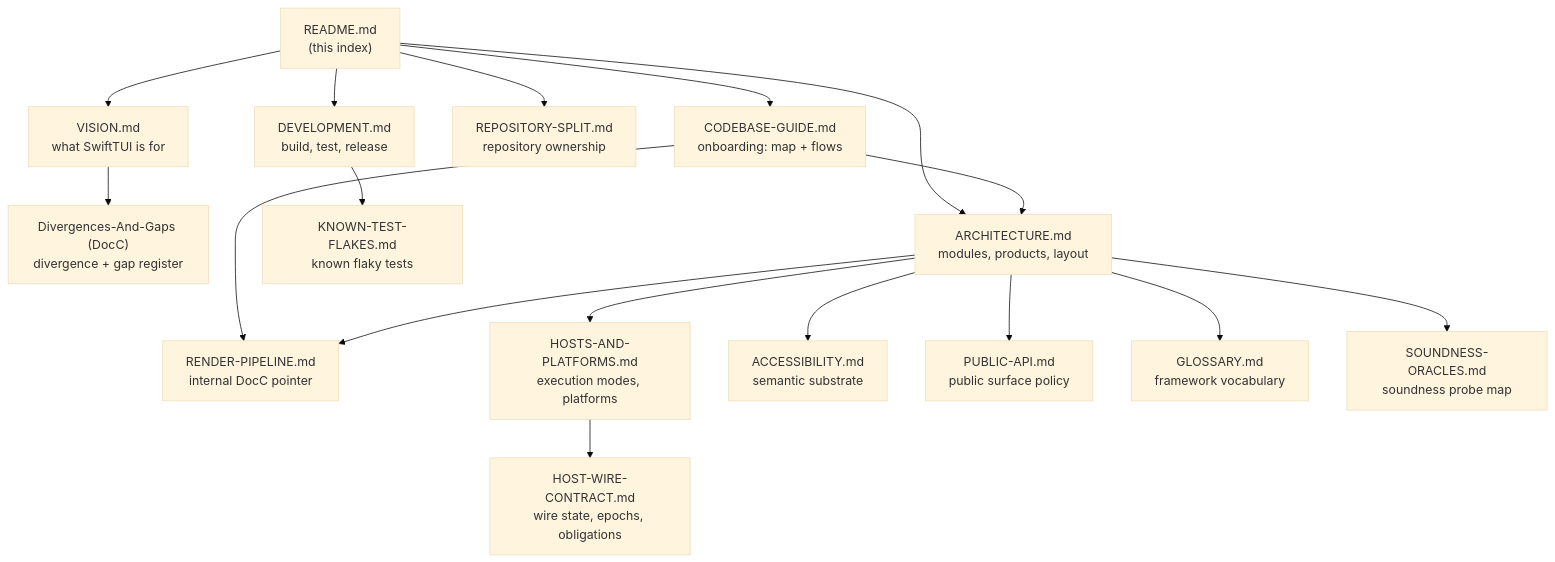
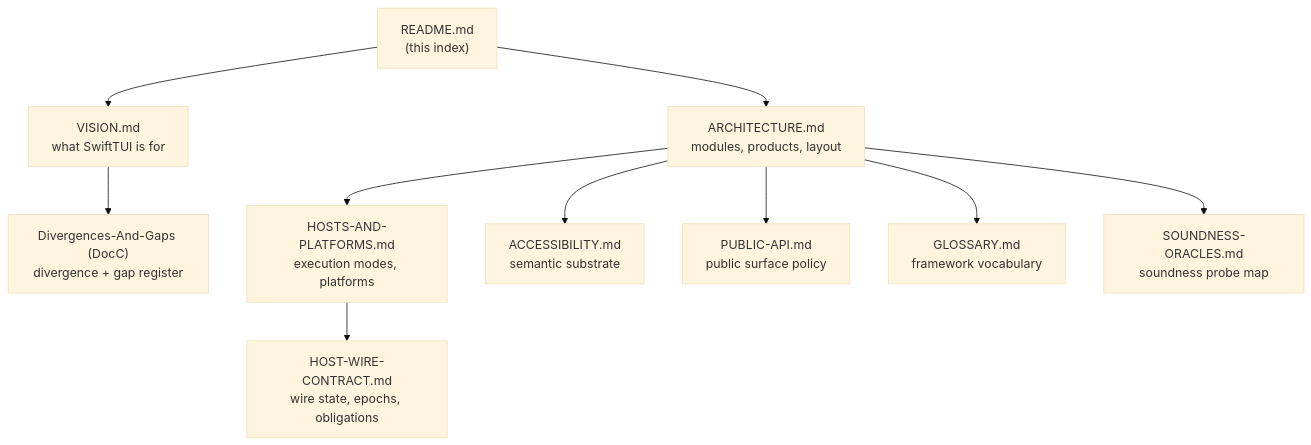
One commit to SwiftTUI/swift-tui changed the diagram in docs/README.md. Above: the diagram before and after it, drawn with Mermaid (base theme). The commit also changed other lines of this file and 28 other files, not shown here.

````diff
--- a/docs/README.md
+++ b/docs/README.md
@@ -14,35 +18,23 @@
 ```mermaid
 flowchart TD
     README["README.md<br/>(this index)"]
-    GUIDE["CODEBASE-GUIDE.md<br/>onboarding: map + flows"]
     VISION["VISION.md<br/>what SwiftTUI is for"]
     GAP["Divergences-And-Gaps (DocC)<br/>divergence + gap register"]
     ARCH["ARCHITECTURE.md<br/>modules, products, layout"]
-    SPLIT["REPOSITORY-SPLIT.md<br/>repository ownership"]
-    PIPE["RENDER-PIPELINE.md<br/>internal DocC pointer"]
     HOSTS["HOSTS-AND-PLATFORMS.md<br/>execution modes, platforms"]
     WIRE["HOST-WIRE-CONTRACT.md<br/>wire state, epochs, obligations"]
     A11Y["ACCESSIBILITY.md<br/>semantic substrate"]
     API["PUBLIC-API.md<br/>public surface policy"]
     GLOSS["GLOSSARY.md<br/>framework vocabulary"]
     ORACLES["SOUNDNESS-ORACLES.md<br/>soundness probe map"]
-    DEV["DEVELOPMENT.md<br/>build, test, release"]
-    FLAKES["KNOWN-TEST-FLAKES.md<br/>known flaky tests"]
 
-    README --> GUIDE
     README --> VISION
     README --> ARCH
-    GUIDE --> ARCH
-    GUIDE --> PIPE
-    README --> SPLIT
-    README --> DEV
     VISION --> GAP
-    ARCH --> PIPE
     ARCH --> HOSTS
     HOSTS --> WIRE
     ARCH --> A11Y
     ARCH --> API
     ARCH --> GLOSS
     ARCH --> ORACLES
-    DEV --> FLAKES
 ```
````
